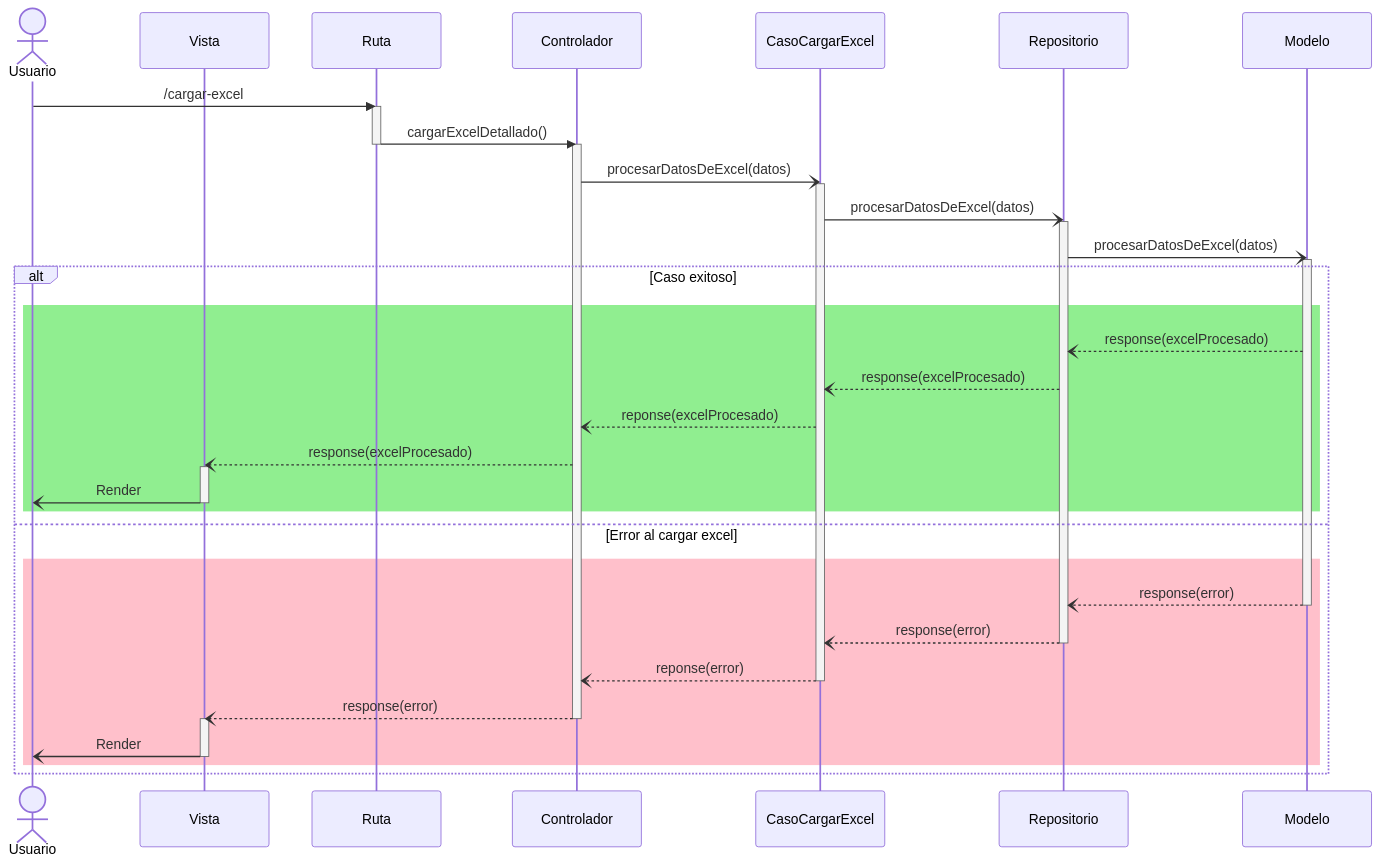
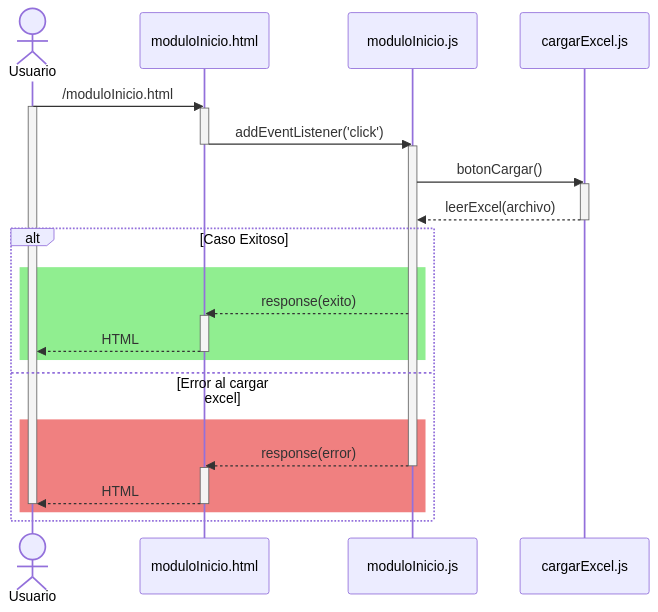
Before and after one commit to CodeAnd-Co/Documentacion: the diagram in documentation/docs/proyectos/tractores/documentacion/requisitos/RF44.md, drawn with Mermaid. The commit also changed 1 other file, not shown here.

Commit message:
Corregir diagrama RF44 y RF76 a nuevo diagrama

````diff
--- a/documentation/docs/proyectos/tractores/documentacion/requisitos/RF44.md
+++ b/documentation/docs/proyectos/tractores/documentacion/requisitos/RF44.md
@@ -22,50 +22,35 @@
 ```mermaid
 sequenceDiagram
     actor Usuario
-    participant view as Vista
-    participant route as Ruta
-    participant controller as Controlador
-    participant usecase as CasoCargarExcel
-    participant repository as Repositorio
-    participant model as Modelo
+    participant vistaInicio as moduloInicio.html
+    participant utilInicio as moduloInicio.js
+    participant casoUso as cargarExcel.js
 
-    Usuario->>route: /cargar-excel
-    activate route
-    route->>controller: cargarExcelDetallado()
-    deactivate route
-    activate controller
-    controller-)usecase: procesarDatosDeExcel(datos)
-    activate usecase
-    usecase-)repository: procesarDatosDeExcel(datos)
-    activate repository
-    repository-)model: procesarDatosDeExcel(datos)
-    activate model 
-    alt Caso exitoso
-      rect Lightgreen
-      model--)repository: response(excelProcesado)
-      repository--)usecase: response(excelProcesado)
-      usecase--)controller: reponse(excelProcesado)
-      controller--)view: response(excelProcesado)
-      activate view
-      view-)Usuario: Render
-      deactivate view
-      end
+    Usuario->>vistaInicio: /moduloInicio.html
+    activate Usuario
+    activate vistaInicio
+    vistaInicio->>utilInicio: addEventListener('click')
+    deactivate vistaInicio
+    activate utilInicio
+    utilInicio->>casoUso: botonCargar()
+    activate casoUso
+    casoUso-->>utilInicio: leerExcel(archivo)
+    deactivate casoUso
+    alt Caso Exitoso
+        rect Lightgreen
+        utilInicio-->>vistaInicio: response(exito)
+        activate vistaInicio
+        vistaInicio-->>Usuario: HTML
+        deactivate vistaInicio
+        end
     else Error al cargar excel
-      rect Pink
-      model--)repository: response(error)
-      deactivate model
-      repository--)usecase: response(error)
-      deactivate repository
-      usecase--)controller: reponse(error)
-      deactivate usecase
-      controller--)view: response(error)
-      deactivate controller
-      activate view
-      view-)Usuario: Render
-      deactivate view
-      end
+        rect Lightcoral
+        utilInicio-->>vistaInicio: response(error)
+        deactivate utilInicio
+        activate vistaInicio
+        vistaInicio-->>Usuario: HTML
+        deactivate vistaInicio
+        deactivate Usuario
+        end
     end
-    
-
-
 ```
````
